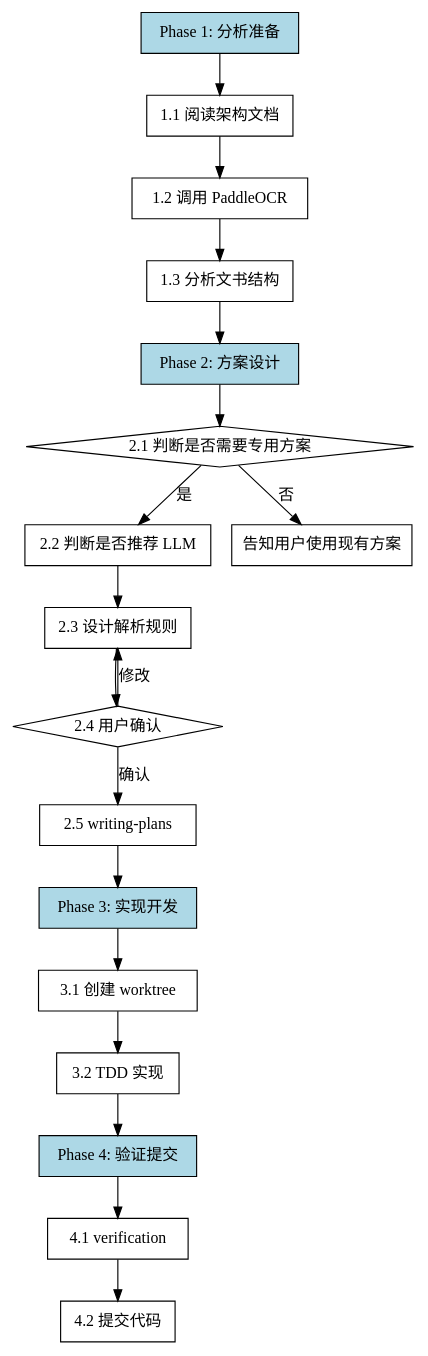
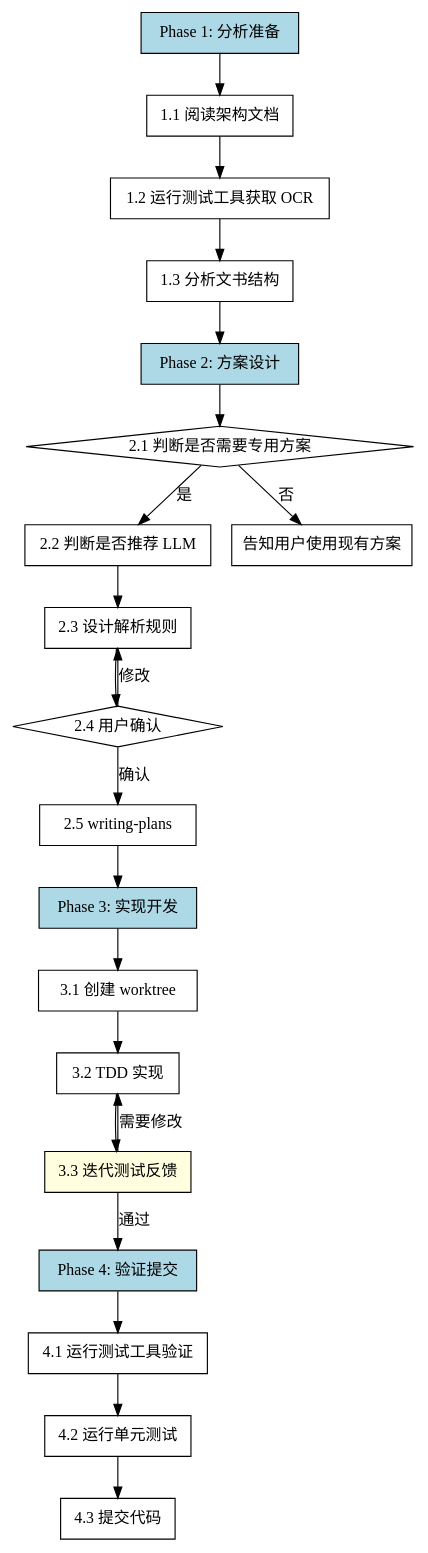
One commit to youayou-Lee/ragflow changed the diagram in .claude/skills/create-parser/SKILL.md. Above: the diagram before and after it, drawn with Graphviz. The commit also changed other lines of this file, not shown here.

````diff
--- a/.claude/skills/create-parser/SKILL.md
+++ b/.claude/skills/create-parser/SKILL.md
@@ -40,48 +41,53 @@
 ```dot
 digraph create_parser {
     rankdir=TB;
     node [shape=box];
 
     "Phase 1: 分析准备" [shape=box, style=filled, fillcolor=lightblue];
     "1.1 阅读架构文档" [shape=box];
-    "1.2 调用 PaddleOCR" [shape=box];
+    "1.2 运行测试工具获取 OCR" [shape=box];
     "1.3 分析文书结构" [shape=box];
 
     "Phase 2: 方案设计" [shape=box, style=filled, fillcolor=lightblue];
     "2.1 判断是否需要专用方案" [shape=diamond];
     "2.2 判断是否推荐 LLM" [shape=box];
     "2.3 设计解析规则" [shape=box];
     "2.4 用户确认" [shape=diamond];
     "2.5 writing-plans" [shape=box];
 
     "Phase 3: 实现开发" [shape=box, style=filled, fillcolor=lightblue];
     "3.1 创建 worktree" [shape=box];
     "3.2 TDD 实现" [shape=box];
+    "3.3 迭代测试反馈" [shape=box, style=filled, fillcolor=lightyellow];
 
     "Phase 4: 验证提交" [shape=box, style=filled, fillcolor=lightblue];
-    "4.1 verification" [shape=box];
-    "4.2 提交代码" [shape=box];
+    "4.1 运行测试工具验证" [shape=box];
+    "4.2 运行单元测试" [shape=box];
+    "4.3 提交代码" [shape=box];
 
     "Phase 1: 分析准备" -> "1.1 阅读架构文档";
-    "1.1 阅读架构文档" -> "1.2 调用 PaddleOCR";
-    "1.2 调用 PaddleOCR" -> "1.3 分析文书结构";
+    "1.1 阅读架构文档" -> "1.2 运行测试工具获取 OCR";
+    "1.2 运行测试工具获取 OCR" -> "1.3 分析文书结构";
     "1.3 分析文书结构" -> "Phase 2: 方案设计";
 
     "Phase 2: 方案设计" -> "2.1 判断是否需要专用方案";
     "2.1 判断是否需要专用方案" -> "不需要" [label="否"];
     "不需要" [shape=box, label="告知用户使用现有方案"];
     "2.1 判断是否需要专用方案" -> "2.2 判断是否推荐 LLM" [label="是"];
     "2.2 判断是否推荐 LLM" -> "2.3 设计解析规则";
     "2.3 设计解析规则" -> "2.4 用户确认";
     "2.4 用户确认" -> "2.3 设计解析规则" [label="修改"];
     "2.4 用户确认" -> "2.5 writing-plans" [label="确认"];
 
     "2.5 writing-plans" -> "Phase 3: 实现开发";
     "Phase 3: 实现开发" -> "3.1 创建 worktree";
     "3.1 创建 worktree" -> "3.2 TDD 实现";
-    "3.2 TDD 实现" -> "Phase 4: 验证提交";
+    "3.2 TDD 实现" -> "3.3 迭代测试反馈";
+    "3.3 迭代测试反馈" -> "3.2 TDD 实现" [label="需要修改"];
+    "3.3 迭代测试反馈" -> "Phase 4: 验证提交" [label="通过"];
 
-    "Phase 4: 验证提交" -> "4.1 verification";
-    "4.1 verification" -> "4.2 提交代码";
+    "Phase 4: 验证提交" -> "4.1 运行测试工具验证";
+    "4.1 运行测试工具验证" -> "4.2 运行单元测试";
+    "4.2 运行单元测试" -> "4.3 提交代码";
 }
 ```
````
